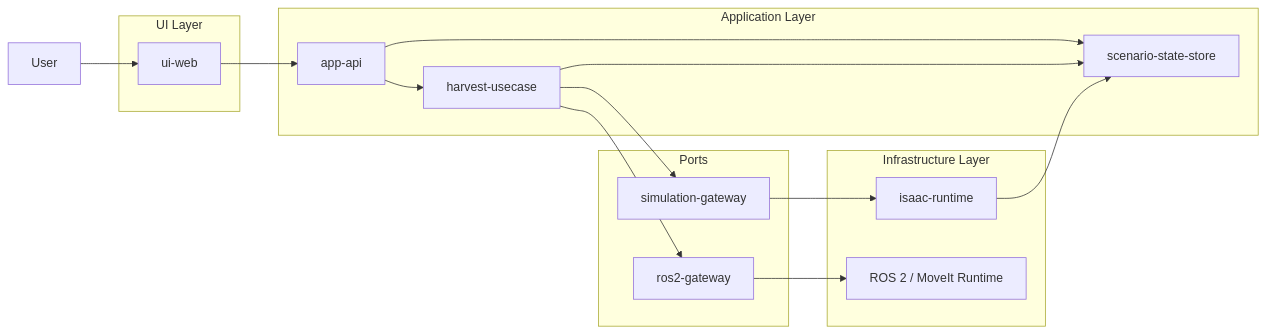
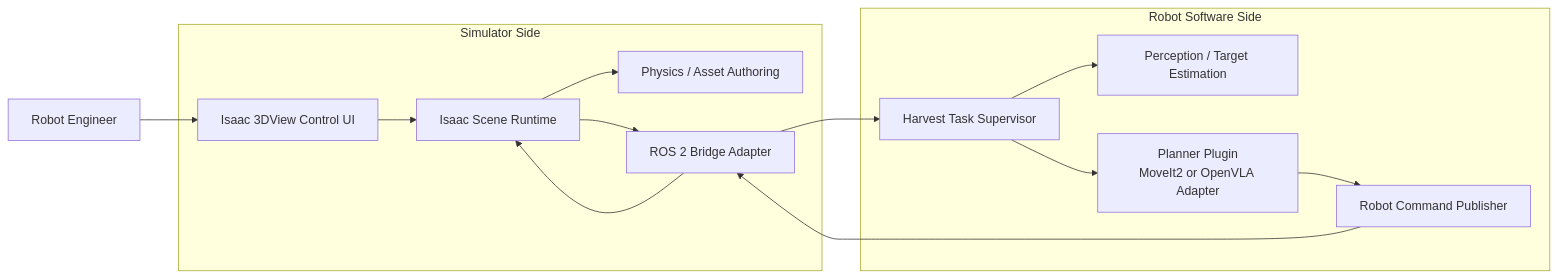
Before and after one commit to akodama428/trial_issac_sim: the second of 3 diagrams in .codex/docs/ADR.md, drawn with Mermaid. The commit also changed other lines of this file and 217 other files, not shown here.

````diff
--- a/.codex/docs/ADR.md
+++ b/.codex/docs/ADR.md
@@ -120,35 +112,29 @@
 ```mermaid
 flowchart LR
-  User[User]
+  User[Robot Engineer]
 
-  subgraph UI[UI Layer]
-    UIWeb[ui-web]
+  subgraph SIM[Simulator Side]
+    UI[Isaac 3DView Control UI]
+    Scene[Isaac Scene Runtime]
+    Phys[Physics / Asset Authoring]
+    Bridge[ROS 2 Bridge Adapter]
   end
 
-  subgraph APP[Application Layer]
-    API[app-api]
-    Usecase[harvest-usecase]
-    Store[scenario-state-store]
+  subgraph ROBOT[Robot Software Side]
+    Task[Harvest Task Supervisor]
+    Perception[Perception / Target Estimation]
+    Planner[Planner Plugin<br/>MoveIt2 or OpenVLA Adapter]
+    Motion[Robot Command Publisher]
   end
 
-  subgraph PORTS[Ports]
-    SimPort[simulation-gateway]
-    RosPort[ros2-gateway]
-  end
-
-  subgraph INFRA[Infrastructure Layer]
-    IsaacRuntime[isaac-runtime]
-    RosRuntime[ROS 2 / MoveIt Runtime]
-  end
-
-  User --> UIWeb
-  UIWeb --> API
-  API --> Usecase
-  API --> Store
-  Usecase --> Store
-  Usecase --> SimPort
-  Usecase --> RosPort
-  SimPort --> IsaacRuntime
-  RosPort --> RosRuntime
-  IsaacRuntime --> Store
+  User --> UI
+  UI --> Scene
+  Scene --> Phys
+  Scene --> Bridge
+  Bridge --> Task
+  Task --> Perception
+  Task --> Planner
+  Planner --> Motion
+  Motion --> Bridge
+  Bridge --> Scene
 ```
````
